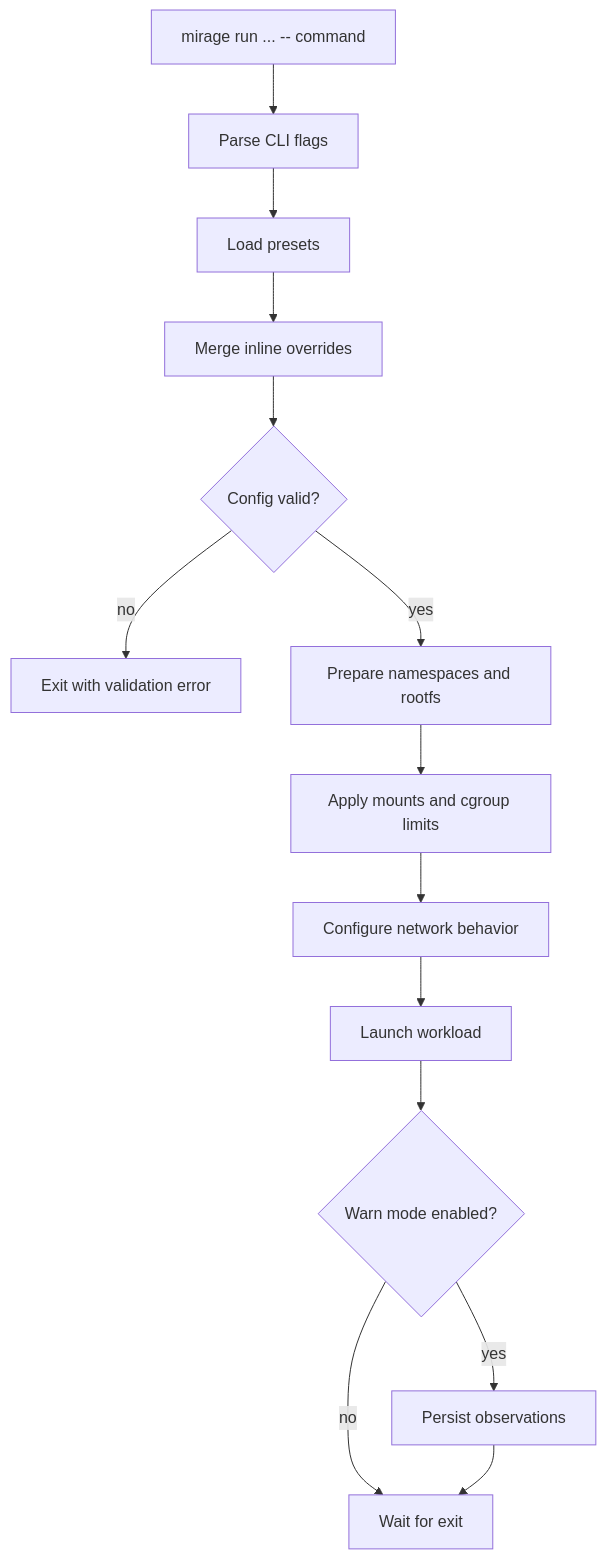
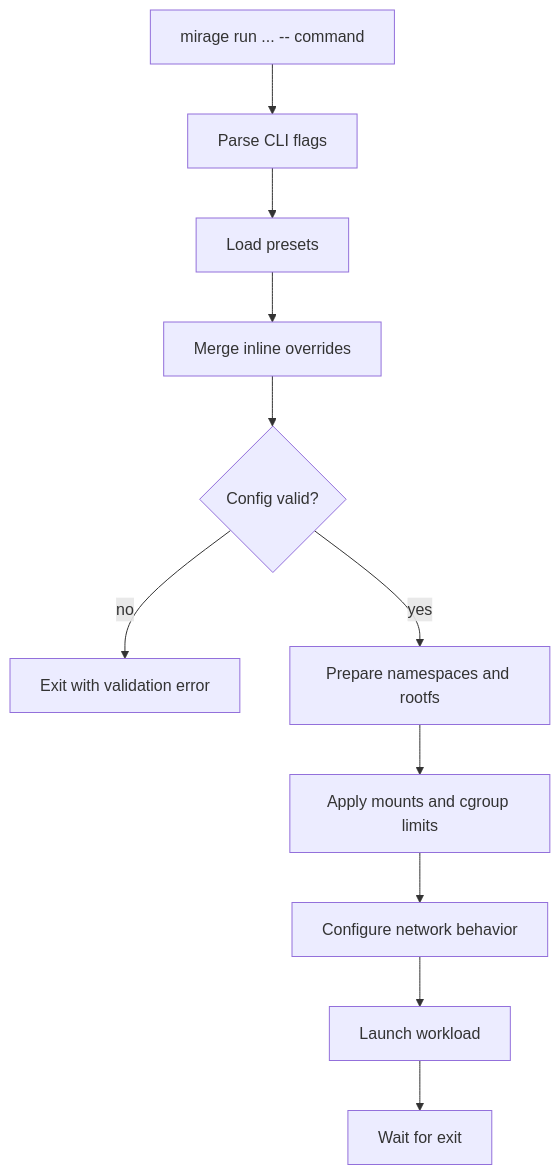
Before and after one commit to DemonGiggle/mirage: the diagram in docs/architecture.md, drawn with Mermaid. The commit also changed other lines of this file and 18 other files, not shown here.

````diff
--- a/docs/architecture.md
+++ b/docs/architecture.md
@@ -213,16 +207,13 @@
 ```mermaid
 flowchart TD
     A["mirage run ... -- command"] --> B[Parse CLI flags]
     B --> C[Load presets]
     C --> D[Merge inline overrides]
     D --> E{Config valid?}
     E -- no --> F[Exit with validation error]
     E -- yes --> G[Prepare namespaces and rootfs]
     G --> H[Apply mounts and cgroup limits]
     H --> I[Configure network behavior]
     I --> J[Launch workload]
-    J --> K{Warn mode enabled?}
-    K -- yes --> L[Persist observations]
-    K -- no --> M[Wait for exit]
-    L --> M
+    J --> K[Wait for exit]
 ```
````
